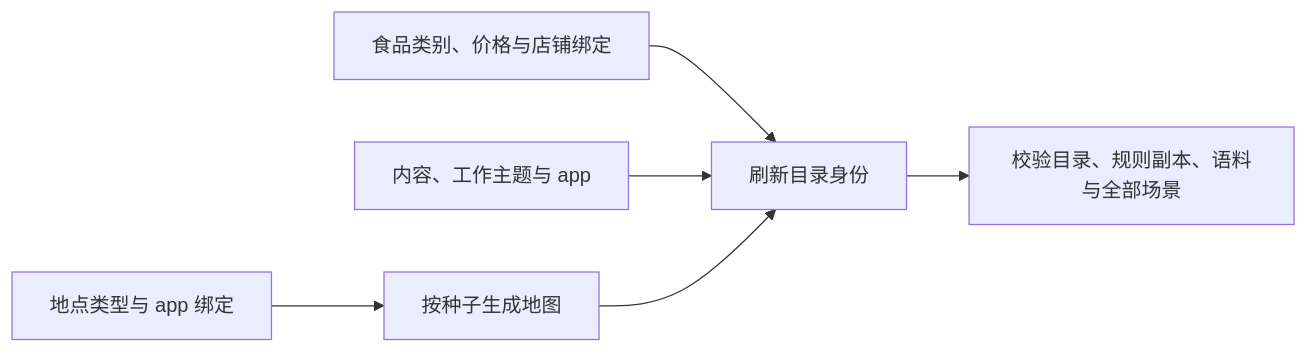
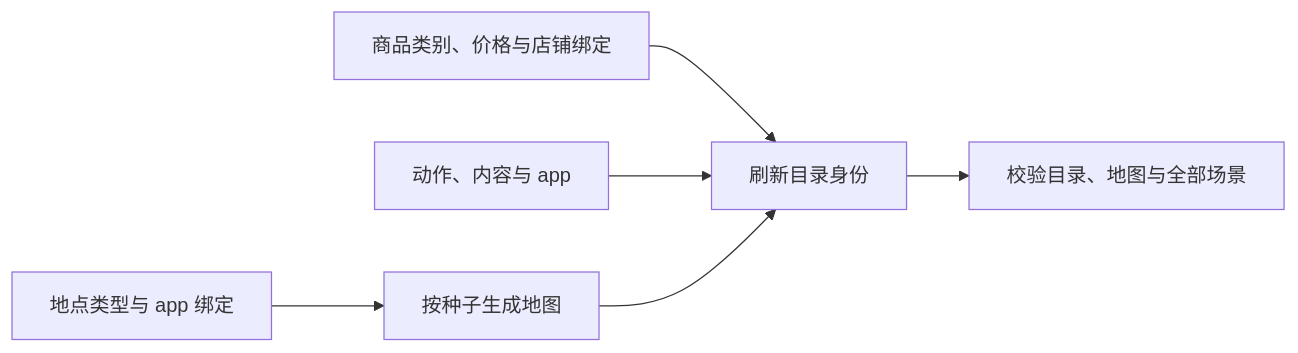
One commit to HoldThatThgt/WorldMock changed the diagram in docs/manual/resources.md. Above: the diagram before and after it, drawn with Mermaid. The commit also changed other lines of this file and 164 other files, not shown here.

````diff
--- a/docs/manual/resources.md
+++ b/docs/manual/resources.md
@@ -10,7 +8,7 @@
 ```mermaid
 flowchart LR
     L[地点类型与 app 绑定] --> M[按种子生成地图]
-    F[食品类别、价格与店铺绑定] --> I[刷新目录身份]
-    C[内容、工作主题与 app] --> I
-    M --> I --> V[校验目录、规则副本、语料与全部场景]
+    G[商品类别、价格与店铺绑定] --> I[刷新目录身份]
+    C[动作、内容与 app] --> I
+    M --> I --> V[校验目录、地图与全部场景]
 ```
````
